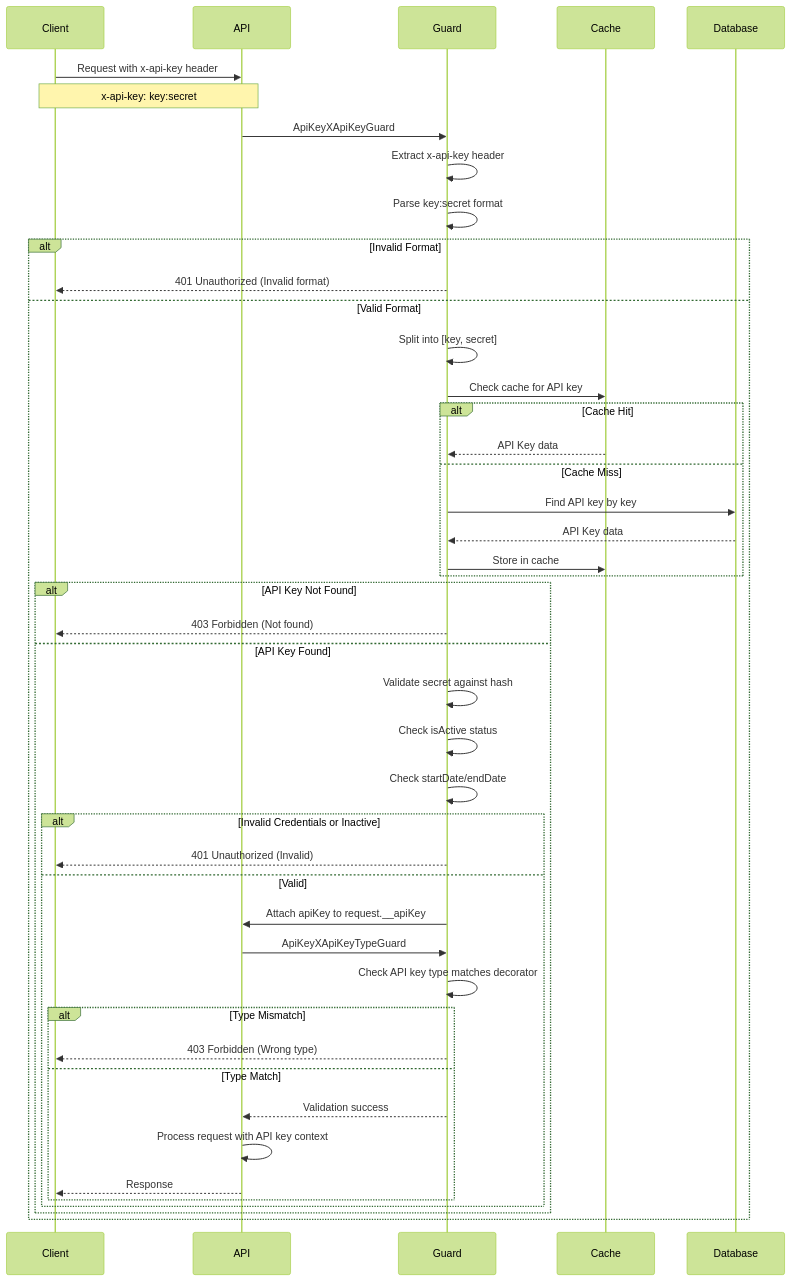
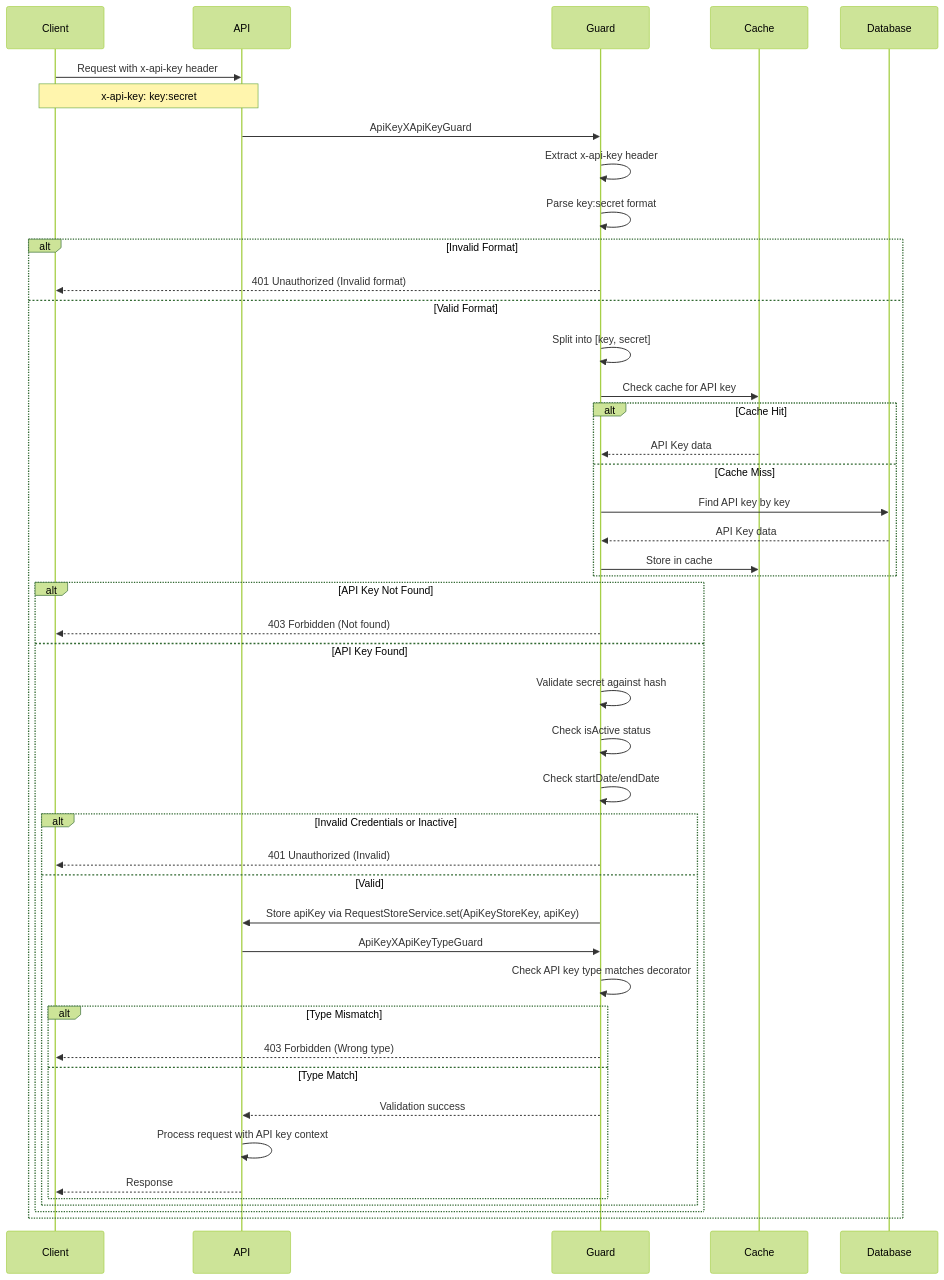
The seventh of 9 diagrams in docs/authentication.md (andrechristikan/ack-nestjs-boilerplate), drawn with Mermaid (forest theme) before and after one commit. The commit also changed other lines of this file and 12 other files, not shown here.

````diff
--- a/docs/authentication.md
+++ b/docs/authentication.md
@@ -996,54 +996,54 @@
 ```mermaid
 sequenceDiagram
     participant Client
     participant API
     participant Guard
     participant Cache
     participant Database
 
     Client->>API: Request with x-api-key header
     Note over Client,API: x-api-key: key:secret
 
     API->>Guard: ApiKeyXApiKeyGuard
     Guard->>Guard: Extract x-api-key header
     Guard->>Guard: Parse key:secret format
 
     alt Invalid Format
         Guard-->>Client: 401 Unauthorized (Invalid format)
     else Valid Format
         Guard->>Guard: Split into [key, secret]
         Guard->>Cache: Check cache for API key
         
         alt Cache Hit
             Cache-->>Guard: API Key data
         else Cache Miss
             Guard->>Database: Find API key by key
             Database-->>Guard: API Key data
             Guard->>Cache: Store in cache
         end
 
         alt API Key Not Found
             Guard-->>Client: 403 Forbidden (Not found)
         else API Key Found
             Guard->>Guard: Validate secret against hash
             Guard->>Guard: Check isActive status
             Guard->>Guard: Check startDate/endDate
 
             alt Invalid Credentials or Inactive
                 Guard-->>Client: 401 Unauthorized (Invalid)
             else Valid
-                Guard->>API: Attach apiKey to request.__apiKey
+                Guard->>API: Store apiKey via RequestStoreService.set(ApiKeyStoreKey, apiKey)
                 API->>Guard: ApiKeyXApiKeyTypeGuard
                 Guard->>Guard: Check API key type matches decorator
 
                 alt Type Mismatch
                     Guard-->>Client: 403 Forbidden (Wrong type)
                 else Type Match
                     Guard-->>API: Validation success
                     API->>API: Process request with API key context
                     API-->>Client: Response
                 end
             end
         end
     end
 ```
````
